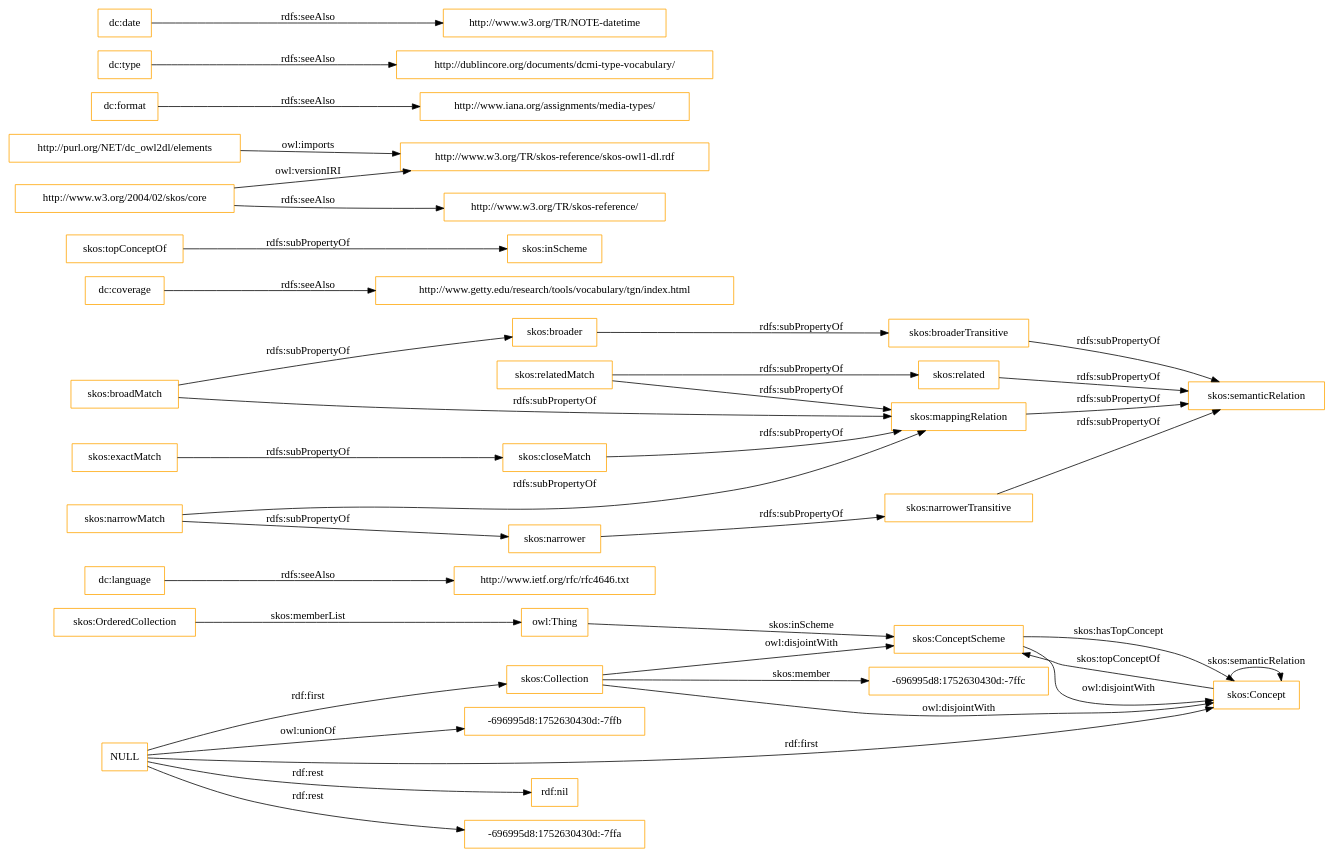
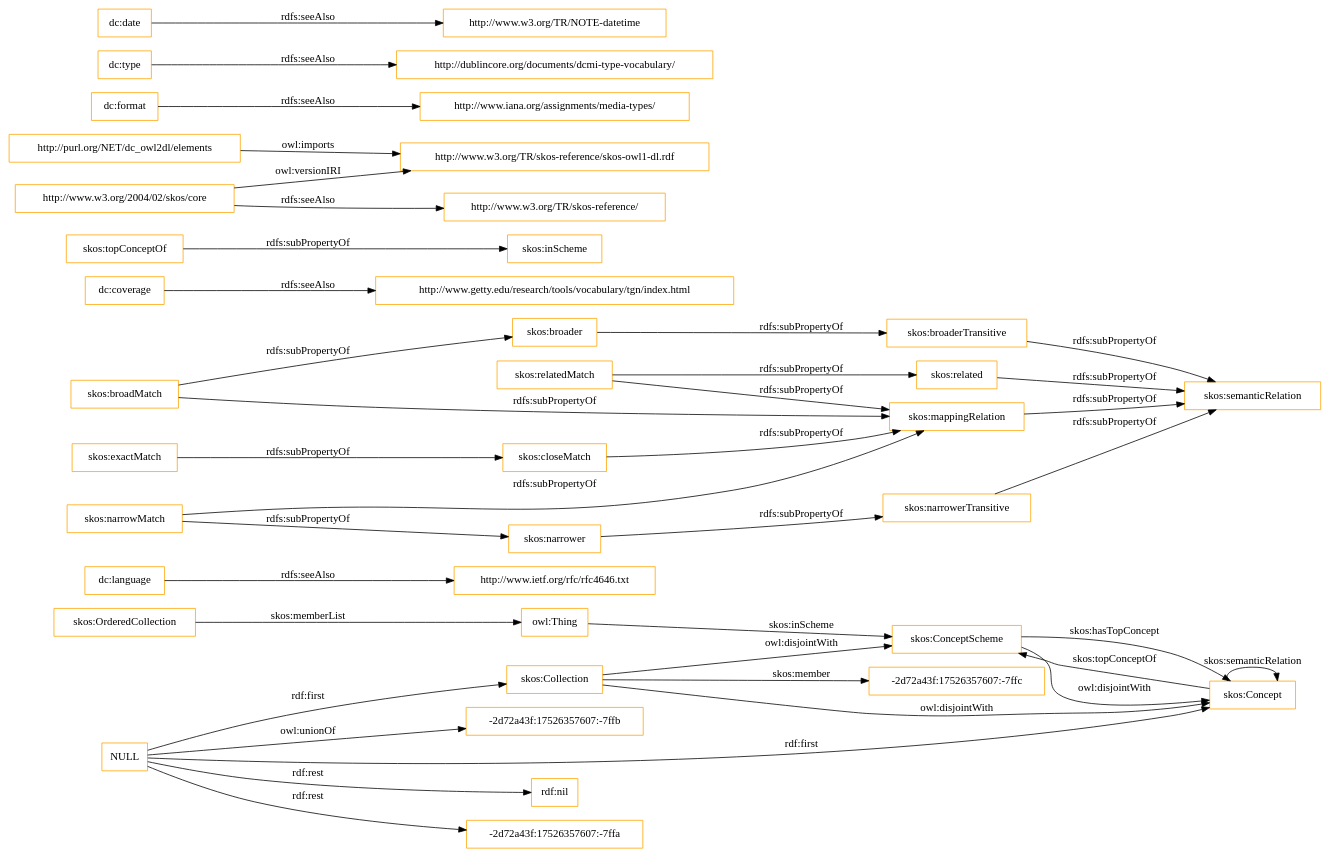
Before and after one commit to OnToologyUser/core-ontology-1: the diagram in OnToology/imports/elements.owl/diagrams/ar2dtool-class/elements.owl.png.dot, drawn with Graphviz. The commit also changed 14 other files, not shown here.

```diff
--- a/OnToology/imports/elements.owl/diagrams/ar2dtool-class/elements.owl.png.dot
+++ b/OnToology/imports/elements.owl/diagrams/ar2dtool-class/elements.owl.png.dot
@@ -1,43 +1,43 @@
 digraph ar2dtool_diagram { 
 rankdir=LR;
 size="1501"
-node [shape = rectangle, color="orange"]; "-696995d8:1752630430d:-7ffc" "skos:OrderedCollection" "skos:Collection" "skos:ConceptScheme" "skos:Concept" ; /*classes style*/
+node [shape = rectangle, color="orange"]; "-2d72a43f:17526357607:-7ffc" "skos:OrderedCollection" "skos:Collection" "skos:ConceptScheme" "skos:Concept" ; /*classes style*/
 	"dc:language" -> "http://www.ietf.org/rfc/rfc4646.txt" [ label = "rdfs:seeAlso" ];
 	"NULL" -> "rdf:nil" [ label = "rdf:rest" ];
 	"NULL" -> "skos:Collection" [ label = "rdf:first" ];
-	"NULL" -> "-696995d8:1752630430d:-7ffa" [ label = "rdf:rest" ];
+	"NULL" -> "-2d72a43f:17526357607:-7ffa" [ label = "rdf:rest" ];
 	"NULL" -> "skos:Concept" [ label = "rdf:first" ];
-	"NULL" -> "-696995d8:1752630430d:-7ffb" [ label = "owl:unionOf" ];
+	"NULL" -> "-2d72a43f:17526357607:-7ffb" [ label = "owl:unionOf" ];
 	"skos:closeMatch" -> "skos:mappingRelation" [ label = "rdfs:subPropertyOf" ];
 	"dc:coverage" -> "http://www.getty.edu/research/tools/vocabulary/tgn/index.html" [ label = "rdfs:seeAlso" ];
 	"skos:relatedMatch" -> "skos:related" [ label = "rdfs:subPropertyOf" ];
 	"skos:relatedMatch" -> "skos:mappingRelation" [ label = "rdfs:subPropertyOf" ];
 	"skos:ConceptScheme" -> "skos:Concept" [ label = "owl:disjointWith" ];
 	"skos:related" -> "skos:semanticRelation" [ label = "rdfs:subPropertyOf" ];
 	"skos:topConceptOf" -> "skos:inScheme" [ label = "rdfs:subPropertyOf" ];
 	"skos:broadMatch" -> "skos:broader" [ label = "rdfs:subPropertyOf" ];
 	"skos:broadMatch" -> "skos:mappingRelation" [ label = "rdfs:subPropertyOf" ];
 	"http://purl.org/NET/dc_owl2dl/elements" -> "http://www.w3.org/TR/skos-reference/skos-owl1-dl.rdf" [ label = "owl:imports" ];
 	"skos:exactMatch" -> "skos:closeMatch" [ label = "rdfs:subPropertyOf" ];
 	"dc:format" -> "http://www.iana.org/assignments/media-types/" [ label = "rdfs:seeAlso" ];
 	"skos:broaderTransitive" -> "skos:semanticRelation" [ label = "rdfs:subPropertyOf" ];
 	"dc:type" -> "http://dublincore.org/documents/dcmi-type-vocabulary/" [ label = "rdfs:seeAlso" ];
 	"skos:broader" -> "skos:broaderTransitive" [ label = "rdfs:subPropertyOf" ];
 	"skos:mappingRelation" -> "skos:semanticRelation" [ label = "rdfs:subPropertyOf" ];
 	"http://www.w3.org/2004/02/skos/core" -> "http://www.w3.org/TR/skos-reference/skos-owl1-dl.rdf" [ label = "owl:versionIRI" ];
 	"http://www.w3.org/2004/02/skos/core" -> "http://www.w3.org/TR/skos-reference/" [ label = "rdfs:seeAlso" ];
 	"skos:Collection" -> "skos:ConceptScheme" [ label = "owl:disjointWith" ];
 	"skos:Collection" -> "skos:Concept" [ label = "owl:disjointWith" ];
 	"skos:narrowMatch" -> "skos:narrower" [ label = "rdfs:subPropertyOf" ];
 	"skos:narrowMatch" -> "skos:mappingRelation" [ label = "rdfs:subPropertyOf" ];
 	"skos:narrower" -> "skos:narrowerTransitive" [ label = "rdfs:subPropertyOf" ];
 	"dc:date" -> "http://www.w3.org/TR/NOTE-datetime" [ label = "rdfs:seeAlso" ];
 	"skos:narrowerTransitive" -> "skos:semanticRelation" [ label = "rdfs:subPropertyOf" ];
 	"skos:OrderedCollection" -> "owl:Thing" [ label = "skos:memberList" ];
 	"skos:Concept" -> "skos:ConceptScheme" [ label = "skos:topConceptOf" ];
 	"skos:Concept" -> "skos:Concept" [ label = "skos:semanticRelation" ];
-	"skos:Collection" -> "-696995d8:1752630430d:-7ffc" [ label = "skos:member" ];
+	"skos:Collection" -> "-2d72a43f:17526357607:-7ffc" [ label = "skos:member" ];
 	"skos:ConceptScheme" -> "skos:Concept" [ label = "skos:hasTopConcept" ];
 	"owl:Thing" -> "skos:ConceptScheme" [ label = "skos:inScheme" ];
 
 }
```
